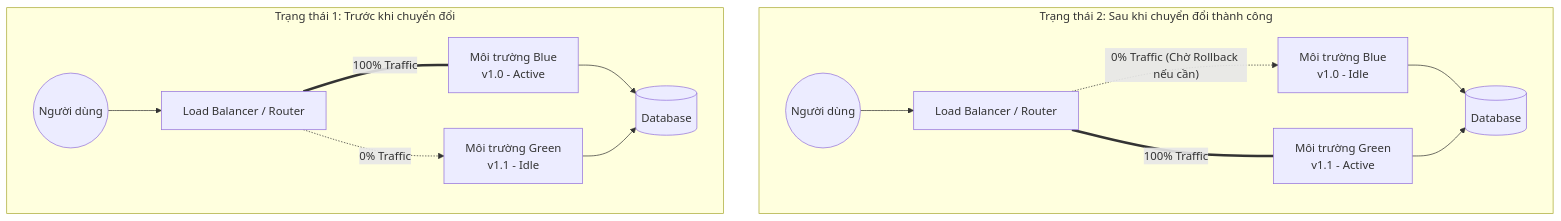
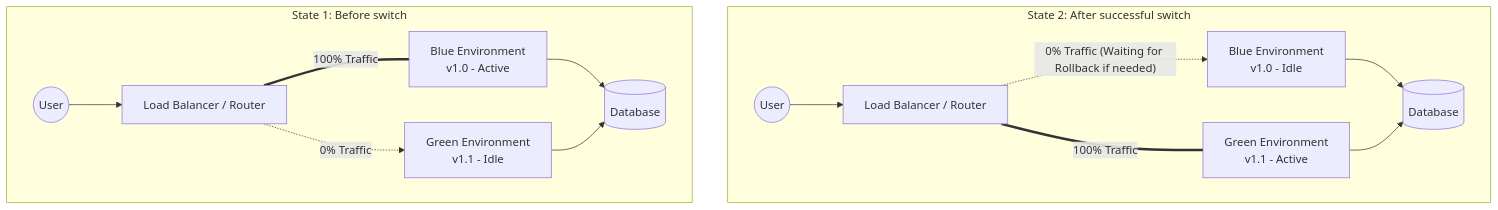
Before and after one commit to ga2631/ga2631.github.io: the diagram in src/data/blog/en/72-2026-09-23-blue-green-deployment-strategy.md, drawn with Mermaid. The commit also changed other lines of this file and 74 other files, not shown here.

````diff
--- a/src/data/blog/en/72-2026-09-23-blue-green-deployment-strategy.md
+++ b/src/data/blog/en/72-2026-09-23-blue-green-deployment-strategy.md
@@ -38,17 +38,17 @@
 ```mermaid
 graph TD
-    subgraph Trạng thái 2: Sau khi chuyển đổi thành công
-        U2((Người dùng)) --> LB2[Load Balancer / Router]
-        LB2 -. "0% Traffic (Chờ Rollback nếu cần)" .-> B2[Môi trường Blue <br> v1.0 - Idle]
-        LB2 == "100% Traffic" === G2[Môi trường Green <br> v1.1 - Active]
+    subgraph State 2: After successful switch
+        U2((User)) --> LB2[Load Balancer / Router]
+        LB2 -. "0% Traffic (Waiting for Rollback if needed)" .-> B2[Blue Environment <br> v1.0 - Idle]
+        LB2 == "100% Traffic" === G2[Green Environment <br> v1.1 - Active]
         B2 --> DB2[(Database)]
         G2 --> DB2
     end
-    subgraph Trạng thái 1: Trước khi chuyển đổi
-        U1((Người dùng)) --> LB1[Load Balancer / Router]
-        LB1 == "100% Traffic" === B1[Môi trường Blue <br> v1.0 - Active]
-        LB1 -. "0% Traffic" .-> G1[Môi trường Green <br> v1.1 - Idle]
+    subgraph State 1: Before switch
+        U1((User)) --> LB1[Load Balancer / Router]
+        LB1 == "100% Traffic" === B1[Blue Environment <br> v1.0 - Active]
+        LB1 -. "0% Traffic" .-> G1[Green Environment <br> v1.1 - Idle]
         B1 --> DB1[(Database)]
         G1 --> DB1
     end
 ```
````
